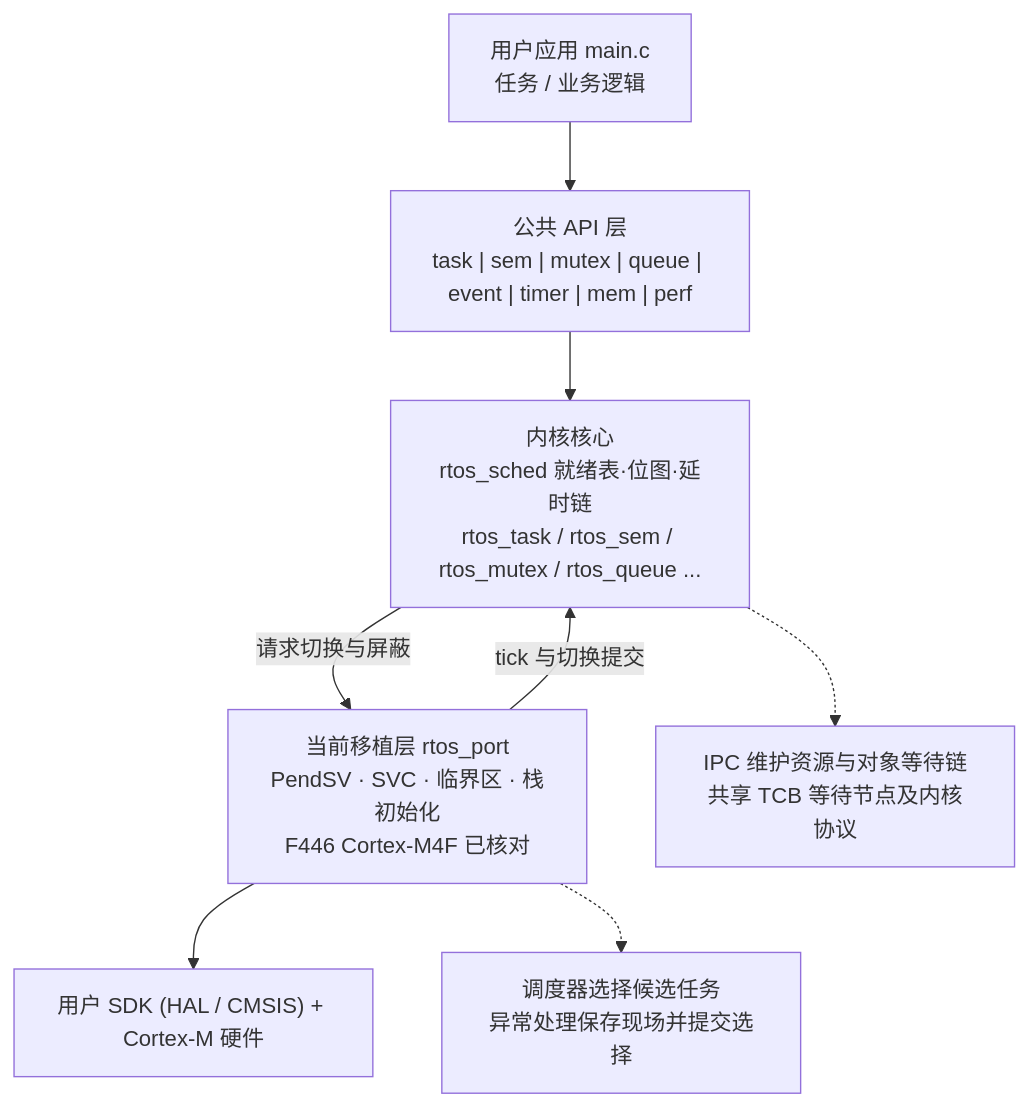
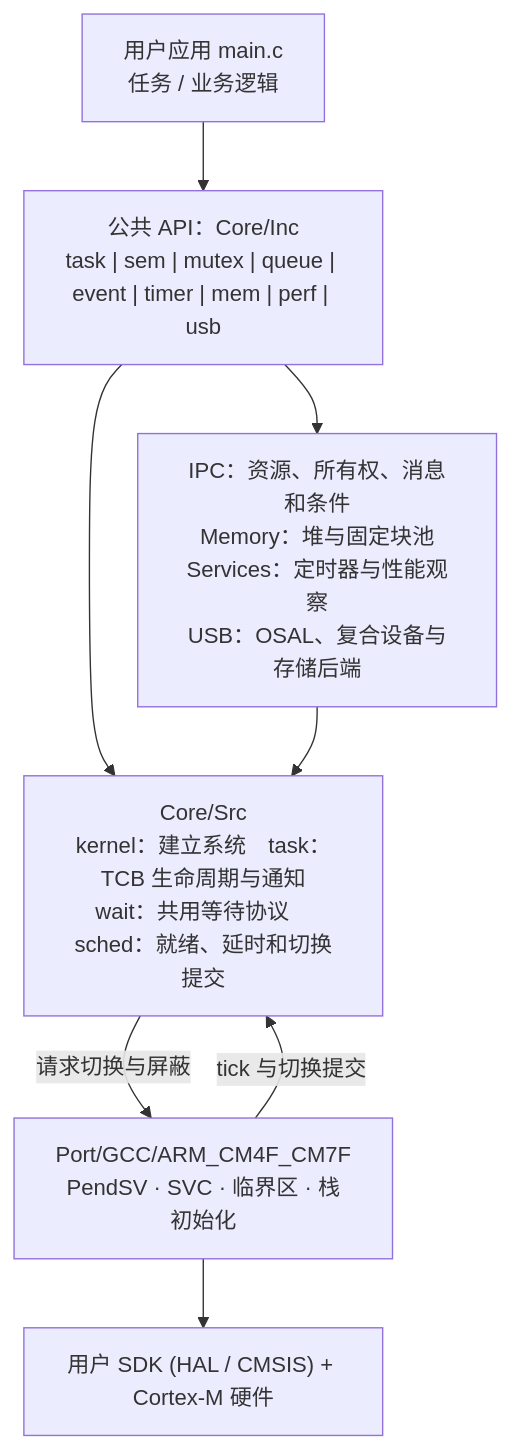
Before and after one commit to ArchHang/RTOS: the first of 19 diagrams in docs/rtos_design.md, drawn with Mermaid. The commit also changed other lines of this file and 6 other files, not shown here.

````diff
--- a/docs/rtos_design.md
+++ b/docs/rtos_design.md
@@ -61,19 +59,16 @@
 ```mermaid
 flowchart TB
     app["用户应用 main.c<br/>任务 / 业务逻辑"]
-    api["公共 API 层<br/>task | sem | mutex | queue | event | timer | mem | perf"]
-    core["内核核心<br/>rtos_sched 就绪表·位图·延时链<br/>rtos_task / rtos_sem / rtos_mutex / rtos_queue ..."]
-    port["当前移植层 rtos_port<br/>PendSV · SVC · 临界区 · 栈初始化<br/>F446 Cortex-M4F 已核对"]
+    api["公共 API：Core/Inc<br/>task | sem | mutex | queue | event | timer | mem | perf | usb"]
+    features["IPC：资源、所有权、消息和条件<br/>Memory：堆与固定块池<br/>Services：定时器与性能观察<br/>USB：OSAL、复合设备与存储后端"]
+    core["Core/Src<br/>kernel：建立系统　task：TCB 生命周期与通知<br/>wait：共用等待协议　sched：就绪、延时和切换提交"]
+    port["Port/GCC/ARM_CM4F_CM7F<br/>PendSV · SVC · 临界区 · 栈初始化"]
     hw["用户 SDK (HAL / CMSIS) + Cortex-M 硬件"]
-
     app --> api
+    api --> features
     api --> core
+    features --> core
     core -->|请求切换与屏蔽| port
     port -->|tick 与切换提交| core
     port --> hw
-
-    note1["IPC 维护资源与对象等待链<br/>共享 TCB 等待节点及内核协议"]
-    note2["调度器选择候选任务<br/>异常处理保存现场并提交选择"]
-    core -.-> note1
-    port -.-> note2
 ```
````
